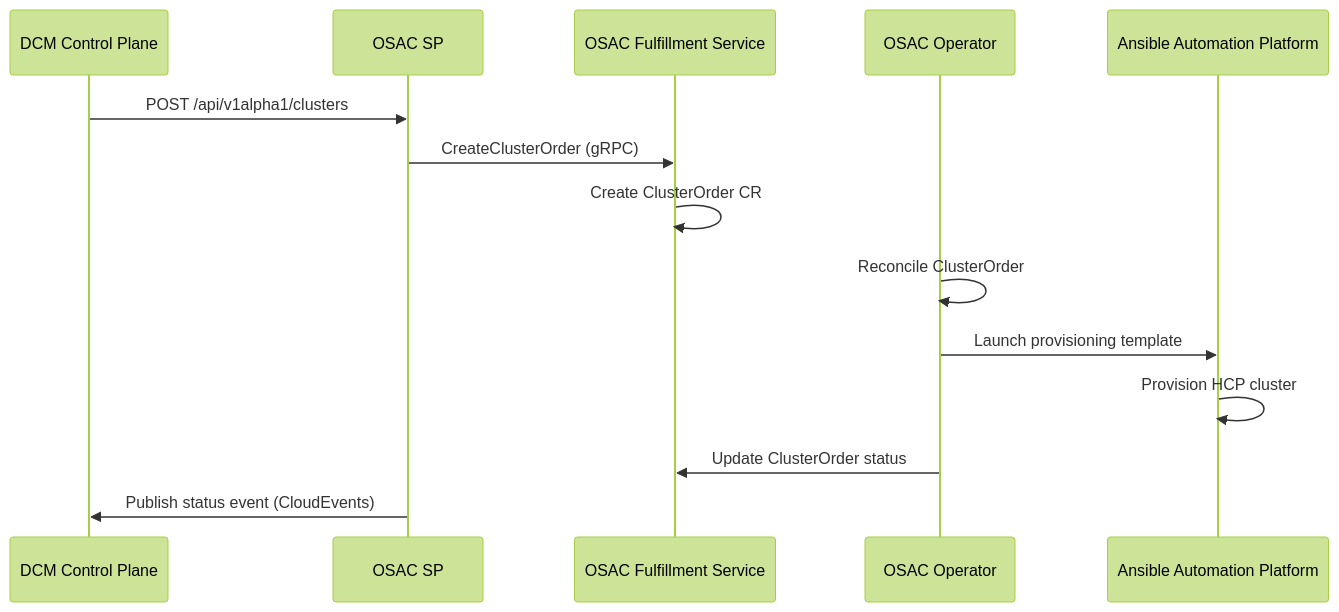
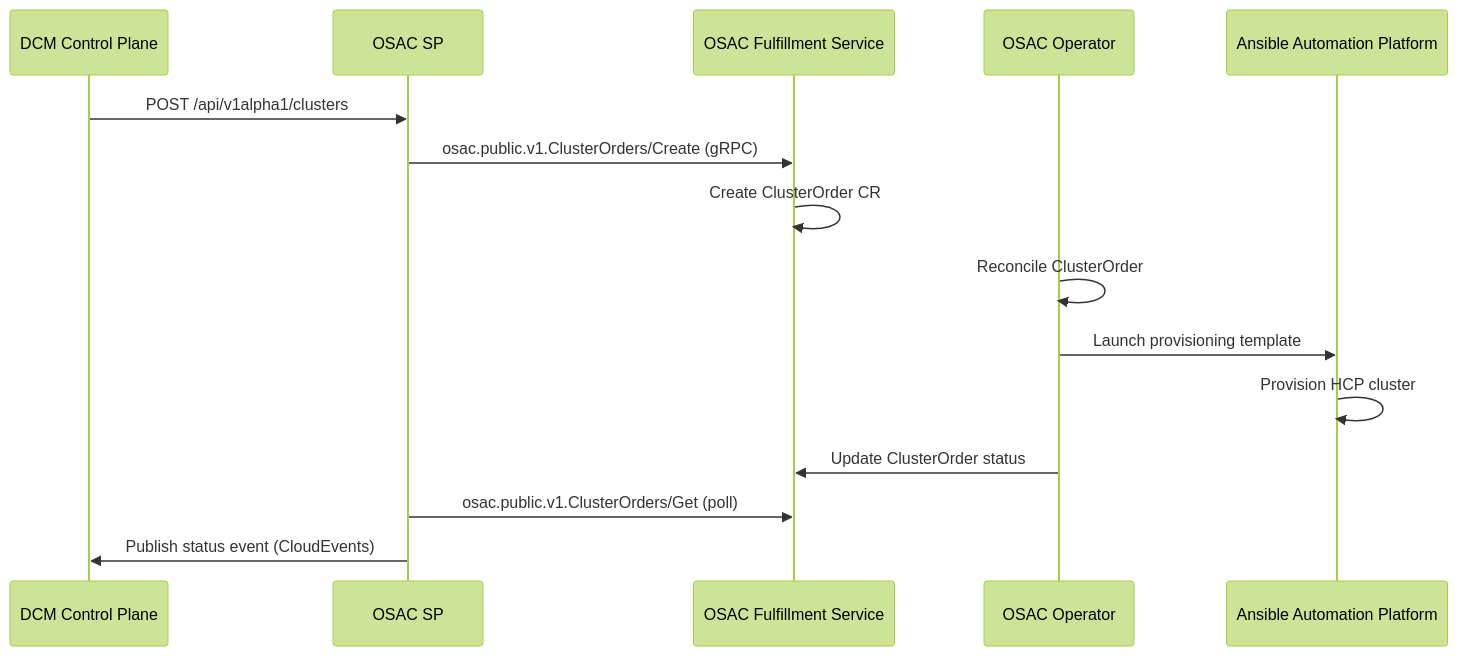
The diagram in enhancements/osac-sp/osac-sp.md (dcm-project/enhancements), drawn with Mermaid (forest theme) before and after one commit. The commit also changed other lines of this file and 1 other file, not shown here.

First line of the commit message:
Update OSAC SP enhancement with verified API details

````diff
--- a/enhancements/osac-sp/osac-sp.md
+++ b/enhancements/osac-sp/osac-sp.md
@@ -121,17 +165,18 @@
 ```mermaid
 sequenceDiagram
     participant DCM as DCM Control Plane
     participant SP as OSAC SP
     participant FS as OSAC Fulfillment Service
     participant OP as OSAC Operator
     participant AAP as Ansible Automation Platform
 
     DCM->>SP: POST /api/v1alpha1/clusters
-    SP->>FS: CreateClusterOrder (gRPC)
+    SP->>FS: osac.public.v1.ClusterOrders/Create (gRPC)
     FS->>FS: Create ClusterOrder CR
     OP->>OP: Reconcile ClusterOrder
     OP->>AAP: Launch provisioning template
     AAP->>AAP: Provision HCP cluster
     OP->>FS: Update ClusterOrder status
+    SP->>FS: osac.public.v1.ClusterOrders/Get (poll)
     SP->>DCM: Publish status event (CloudEvents)
 ```
````
